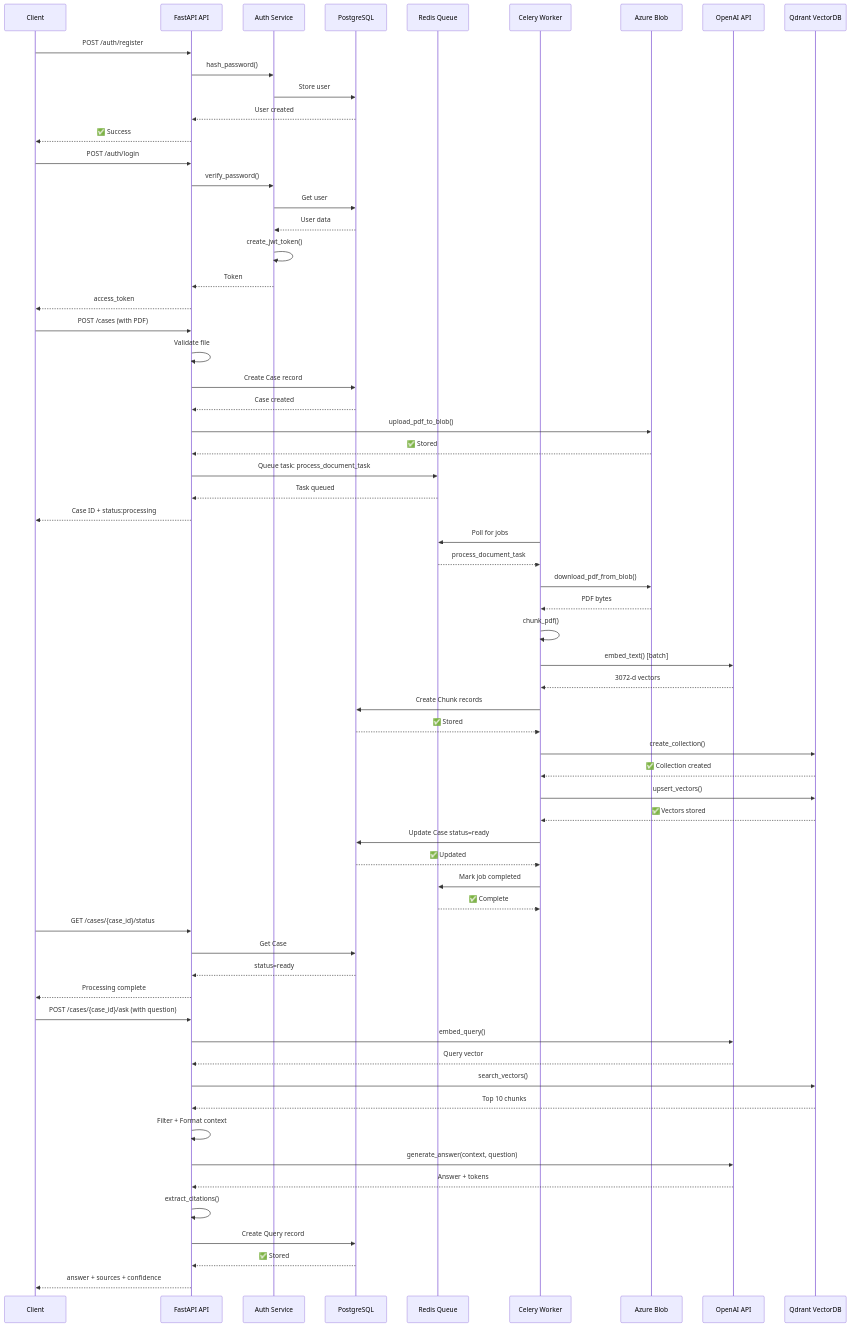
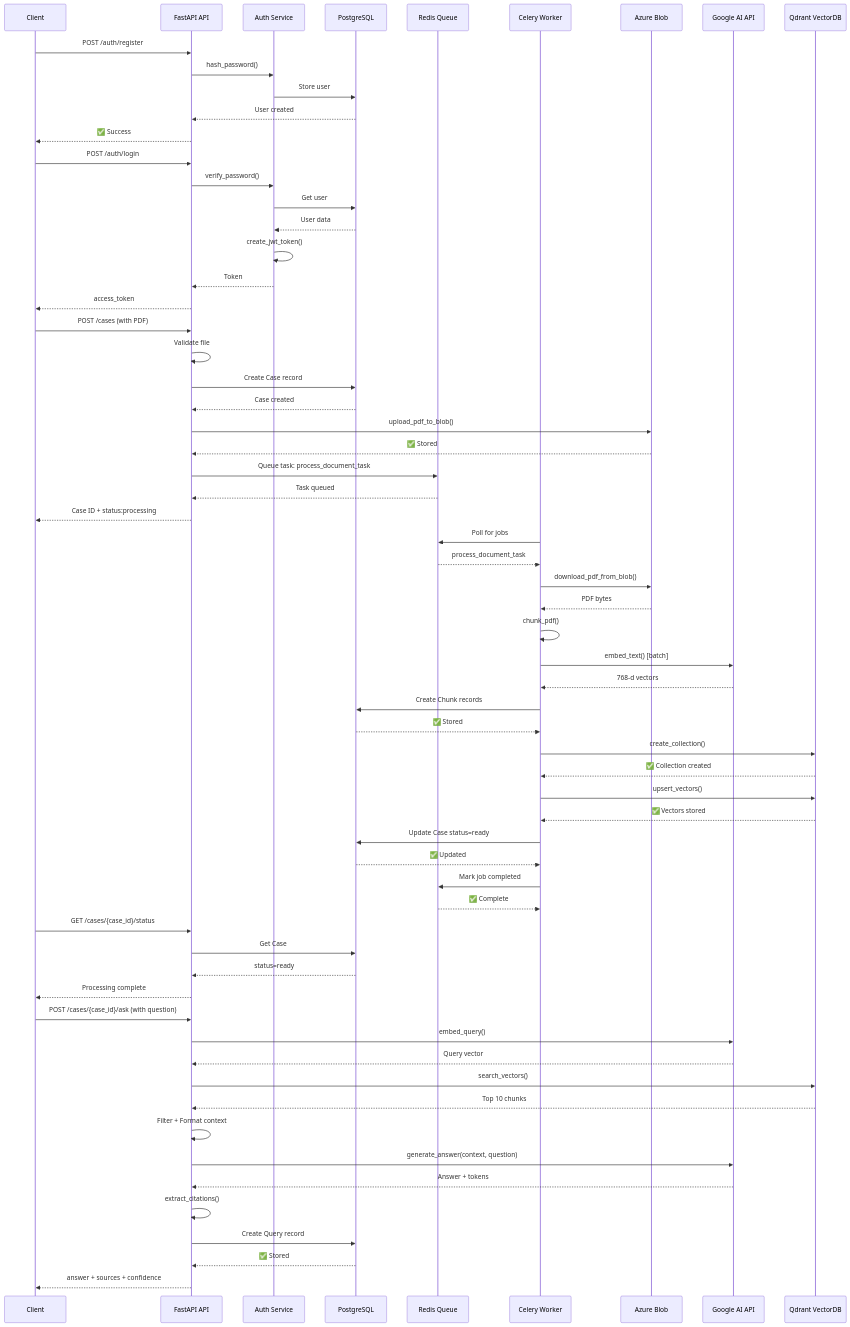
The seventh of 13 diagrams in ARCHITECTURE_DIAGRAMS.md (Smeet23/Lexintel), drawn with Mermaid before and after one commit. The commit also changed other lines of this file and 50 other files, not shown here.

First line of the commit message:
docs: update all documentation from OpenAI to Google Gemini

````diff
--- a/ARCHITECTURE_DIAGRAMS.md
+++ b/ARCHITECTURE_DIAGRAMS.md
@@ -448,72 +448,72 @@
 ```mermaid
 sequenceDiagram
     participant Client
     participant API as FastAPI API
     participant Auth as Auth Service
     participant DB as PostgreSQL
     participant Queue as Redis Queue
     participant Worker as Celery Worker
     participant Blob as Azure Blob
-    participant OpenAI as OpenAI API
+    participant GoogleAI as Google AI API
     participant Qdrant as Qdrant VectorDB
 
     Client->>API: POST /auth/register
     API->>Auth: hash_password()
     Auth->>DB: Store user
     DB-->>API: User created
     API-->>Client: ✅ Success
 
     Client->>API: POST /auth/login
     API->>Auth: verify_password()
     Auth->>DB: Get user
     DB-->>Auth: User data
     Auth->>Auth: create_jwt_token()
     Auth-->>API: Token
     API-->>Client: access_token
 
     Client->>API: POST /cases (with PDF)
     API->>API: Validate file
     API->>DB: Create Case record
     DB-->>API: Case created
     API->>Blob: upload_pdf_to_blob()
     Blob-->>API: ✅ Stored
     API->>Queue: Queue task: process_document_task
     Queue-->>API: Task queued
     API-->>Client: Case ID + status:processing
 
     Worker->>Queue: Poll for jobs
     Queue-->>Worker: process_document_task
     Worker->>Blob: download_pdf_from_blob()
     Blob-->>Worker: PDF bytes
     Worker->>Worker: chunk_pdf()
-    Worker->>OpenAI: embed_text() [batch]
-    OpenAI-->>Worker: 3072-d vectors
+    Worker->>GoogleAI: embed_text() [batch]
+    GoogleAI-->>Worker: 768-d vectors
     Worker->>DB: Create Chunk records
     DB-->>Worker: ✅ Stored
     Worker->>Qdrant: create_collection()
     Qdrant-->>Worker: ✅ Collection created
     Worker->>Qdrant: upsert_vectors()
     Qdrant-->>Worker: ✅ Vectors stored
     Worker->>DB: Update Case status=ready
     DB-->>Worker: ✅ Updated
     Worker->>Queue: Mark job completed
     Queue-->>Worker: ✅ Complete
 
     Client->>API: GET /cases/{case_id}/status
     API->>DB: Get Case
     DB-->>API: status=ready
     API-->>Client: Processing complete
 
     Client->>API: POST /cases/{case_id}/ask (with question)
-    API->>OpenAI: embed_query()
-    OpenAI-->>API: Query vector
+    API->>GoogleAI: embed_query()
+    GoogleAI-->>API: Query vector
     API->>Qdrant: search_vectors()
     Qdrant-->>API: Top 10 chunks
     API->>API: Filter + Format context
-    API->>OpenAI: generate_answer(context, question)
-    OpenAI-->>API: Answer + tokens
+    API->>GoogleAI: generate_answer(context, question)
+    GoogleAI-->>API: Answer + tokens
     API->>API: extract_citations()
     API->>DB: Create Query record
     DB-->>API: ✅ Stored
     API-->>Client: answer + sources + confidence
 ```
````
